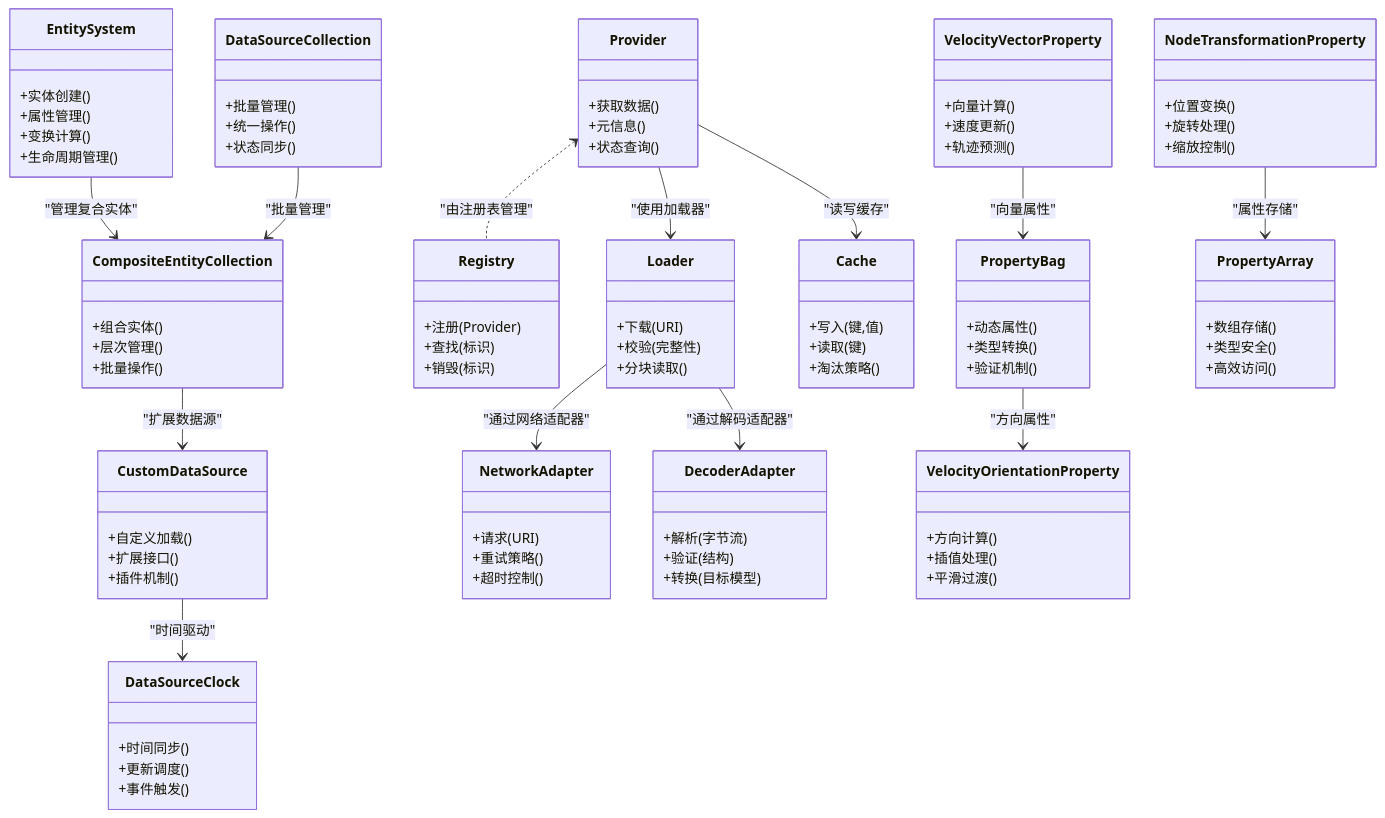
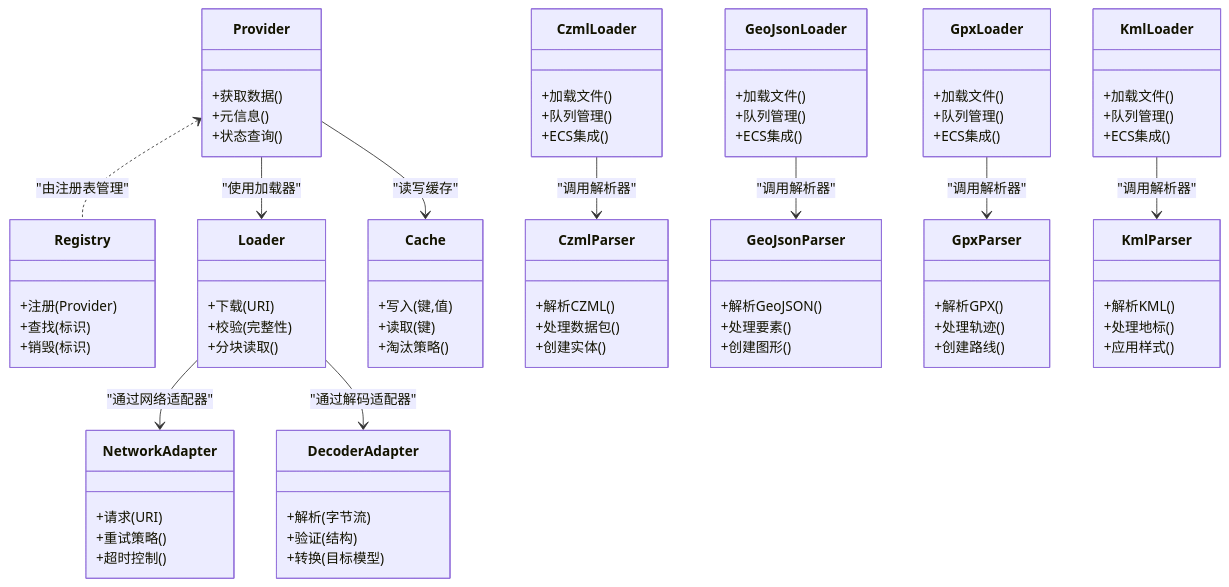
Before and after one commit to rzhangjing/cesium: the second of 6 diagrams in .qoder/repowiki/zh/content/项目概述/核心特性/地理空间数据处理/数据源框架.md, drawn with Mermaid. The commit also changed other lines of this file and 57 other files, not shown here.

````diff
--- a/.qoder/repowiki/zh/content/项目概述/核心特性/地理空间数据处理/数据源框架.md
+++ b/.qoder/repowiki/zh/content/项目概述/核心特性/地理空间数据处理/数据源框架.md
@@ -215,56 +242,45 @@
 +读取(键)
 +淘汰策略()
 }
-class EntitySystem {
-+实体创建()
-+属性管理()
-+变换计算()
-+生命周期管理()
+class CzmlParser {
++解析CZML()
++处理数据包()
++创建实体()
 }
-class CompositeEntityCollection {
-+组合实体()
-+层次管理()
-+批量操作()
+class GeoJsonParser {
++解析GeoJSON()
++处理要素()
++创建图形()
 }
-class CustomDataSource {
-+自定义加载()
-+扩展接口()
-+插件机制()
+class GpxParser {
++解析GPX()
++处理轨迹()
++创建路线()
 }
-class DataSourceClock {
-+时间同步()
-+更新调度()
-+事件触发()
+class KmlParser {
++解析KML()
++处理地标()
++应用样式()
 }
-class DataSourceCollection {
-+批量管理()
-+统一操作()
-+状态同步()
+class CzmlLoader {
++加载文件()
++队列管理()
++ECS集成()
 }
-class NodeTransformationProperty {
-+位置变换()
-+旋转处理()
-+缩放控制()
+class GeoJsonLoader {
++加载文件()
++队列管理()
++ECS集成()
 }
-class PropertyArray {
-+数组存储()
-+类型安全()
-+高效访问()
+class GpxLoader {
++加载文件()
++队列管理()
++ECS集成()
 }
-class PropertyBag {
-+动态属性()
-+类型转换()
-+验证机制()
-}
-class VelocityOrientationProperty {
-+方向计算()
-+插值处理()
-+平滑过渡()
-}
-class VelocityVectorProperty {
-+向量计算()
-+速度更新()
-+轨迹预测()
+class KmlLoader {
++加载文件()
++队列管理()
++ECS集成()
 }
 class NetworkAdapter {
 +请求(URI)
@@ -279,13 +295,10 @@
 Provider <.. Registry : "由注册表管理"
 Provider --> Loader : "使用加载器"
 Provider --> Cache : "读写缓存"
-EntitySystem --> CompositeEntityCollection : "管理复合实体"
-CompositeEntityCollection --> CustomDataSource : "扩展数据源"
-CustomDataSource --> DataSourceClock : "时间驱动"
-DataSourceCollection --> CompositeEntityCollection : "批量管理"
-NodeTransformationProperty --> PropertyArray : "属性存储"
-PropertyBag --> VelocityOrientationProperty : "方向属性"
-VelocityVectorProperty --> PropertyBag : "向量属性"
+CzmlLoader --> CzmlParser : "调用解析器"
+GeoJsonLoader --> GeoJsonParser : "调用解析器"
+GpxLoader --> GpxParser : "调用解析器"
+KmlLoader --> KmlParser : "调用解析器"
 Loader --> NetworkAdapter : "通过网络适配器"
 Loader --> DecoderAdapter : "通过解码适配器"
 ```
````
